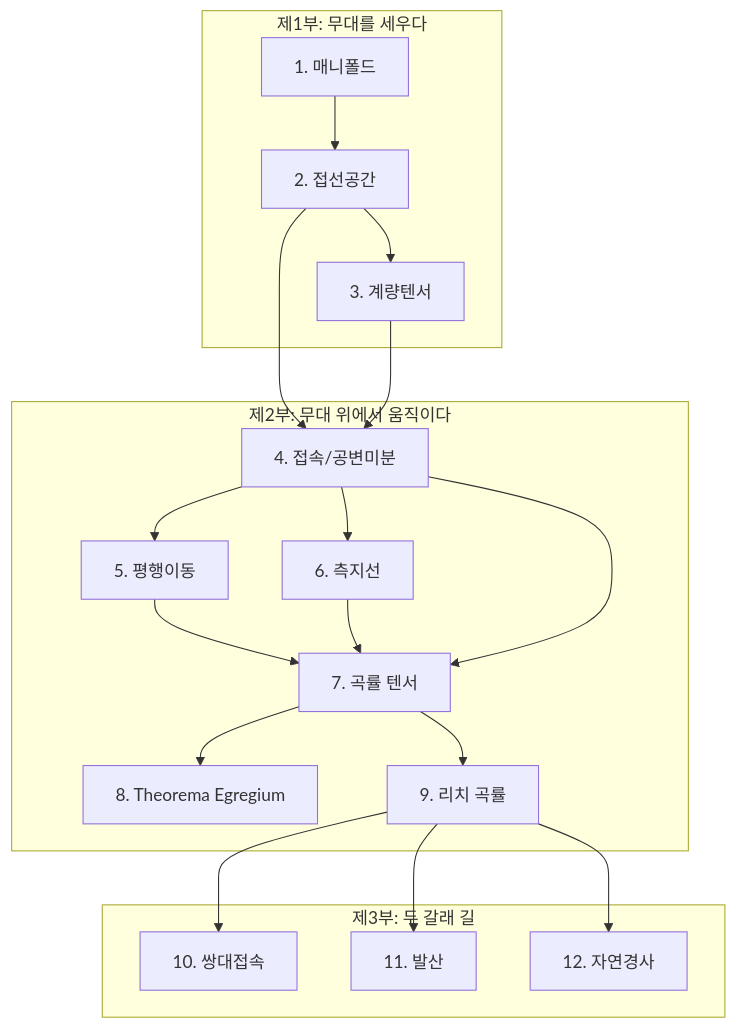
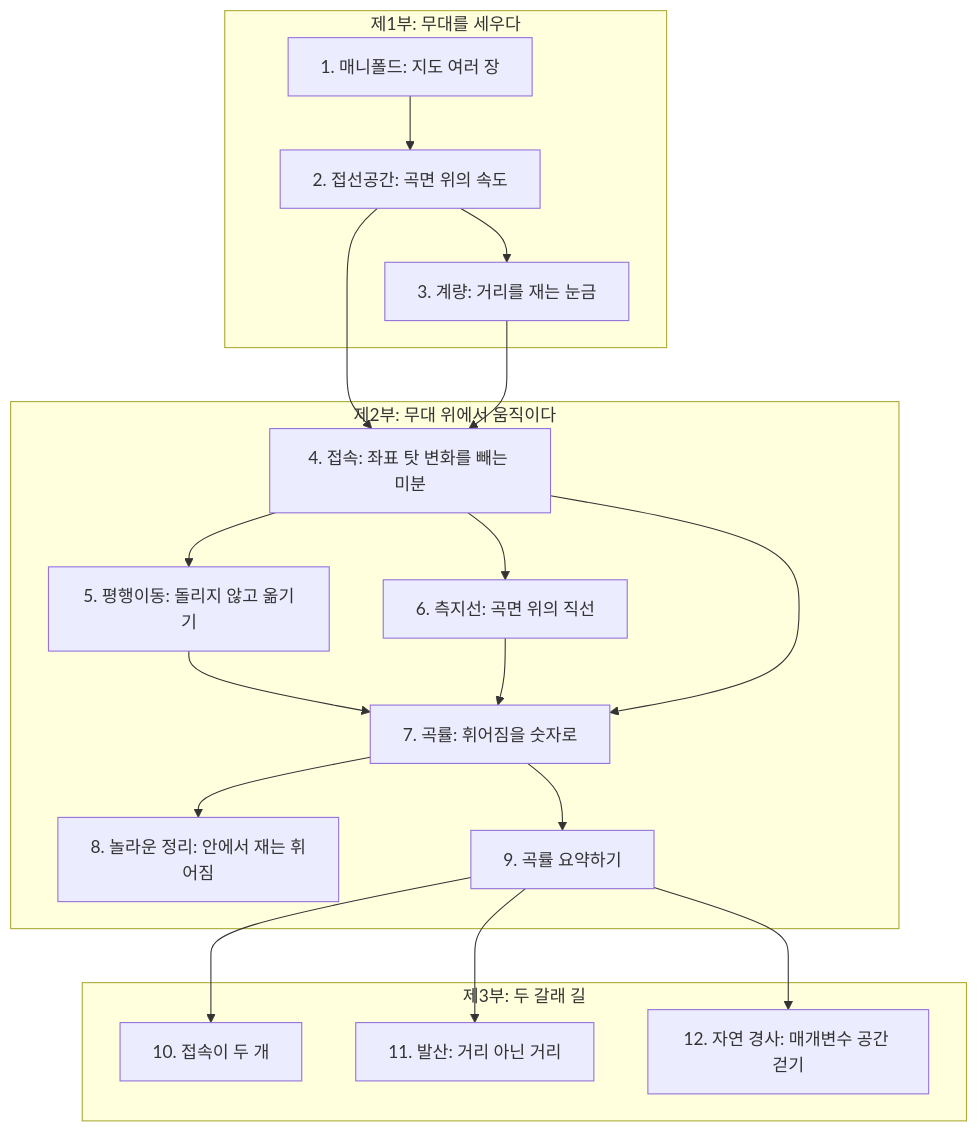
One commit to imchkkim/diffgeo-book changed the diagram in 00-서문.md. Above: the diagram before and after it, drawn with Mermaid. The commit also changed 12 other files, not shown here.

````diff
--- a/00-서문.md
+++ b/00-서문.md
@@ -59,37 +59,37 @@
 ```mermaid
 graph TD
     subgraph part1 ["제1부: 무대를 세우다"]
-        ch1["1. 매니폴드"]
-        ch2["2. 접선공간"]
-        ch3["3. 계량텐서"]
+        ch1["1. 매니폴드: 지도 여러 장"]
+        ch2["2. 접선공간: 곡면 위의 속도"]
+        ch3["3. 계량: 거리를 재는 눈금"]
     end
 
     subgraph part2 ["제2부: 무대 위에서 움직이다"]
-        ch4["4. 접속/공변미분"]
-        ch5["5. 평행이동"]
-        ch6["6. 측지선"]
-        ch7["7. 곡률 텐서"]
-        ch8["8. Theorema Egregium"]
-        ch9["9. 리치 곡률"]
+        ch4["4. 접속: 좌표 탓 변화를 빼는 미분"]
+        ch5["5. 평행이동: 돌리지 않고 옮기기"]
+        ch6["6. 측지선: 곡면 위의 직선"]
+        ch7["7. 곡률: 휘어짐을 숫자로"]
+        ch8["8. 놀라운 정리: 안에서 재는 휘어짐"]
+        ch9["9. 곡률 요약하기"]
     end
 
     subgraph part3 ["제3부: 두 갈래 길"]
-        ch10["10. 쌍대접속"]
-        ch11["11. 발산"]
-        ch12["12. 자연경사"]
+        ch10["10. 접속이 두 개"]
+        ch11["11. 발산: 거리 아닌 거리"]
+        ch12["12. 자연 경사: 매개변수 공간 걷기"]
     end
 
     ch1 --> ch2 --> ch3
     ch2 --> ch4
     ch3 --> ch4
     ch4 --> ch5
     ch4 --> ch6
     ch5 --> ch7
     ch6 --> ch7
     ch4 --> ch7
     ch7 --> ch8
     ch7 --> ch9
     ch9 --> ch10
     ch9 --> ch11
     ch9 --> ch12
 ```
````
